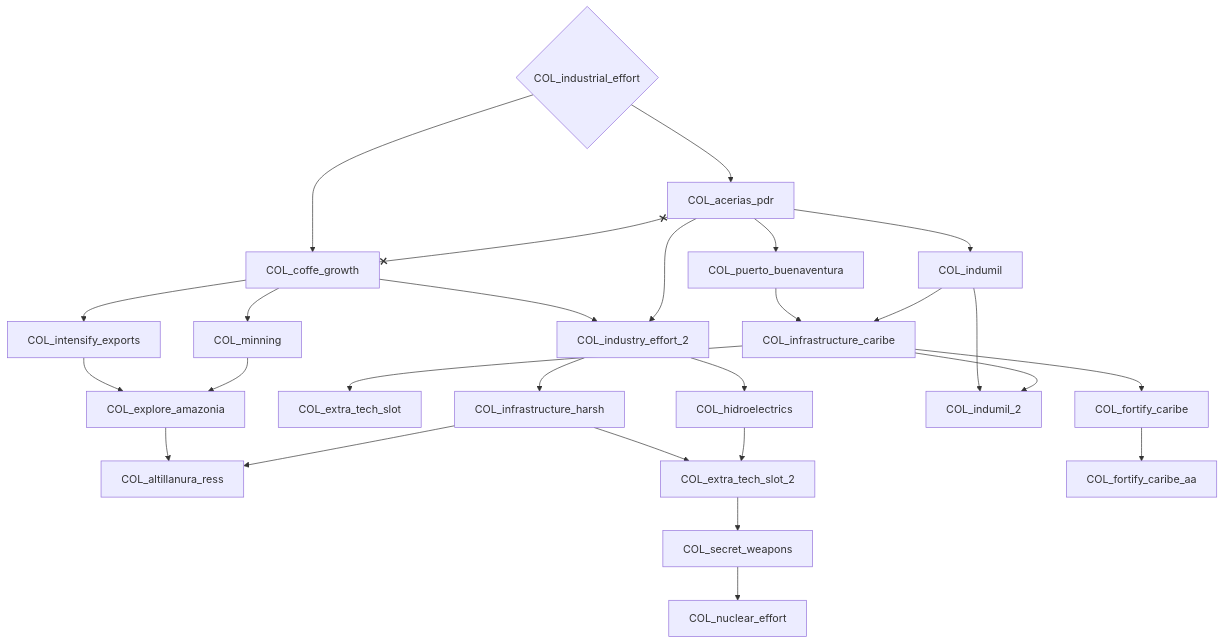
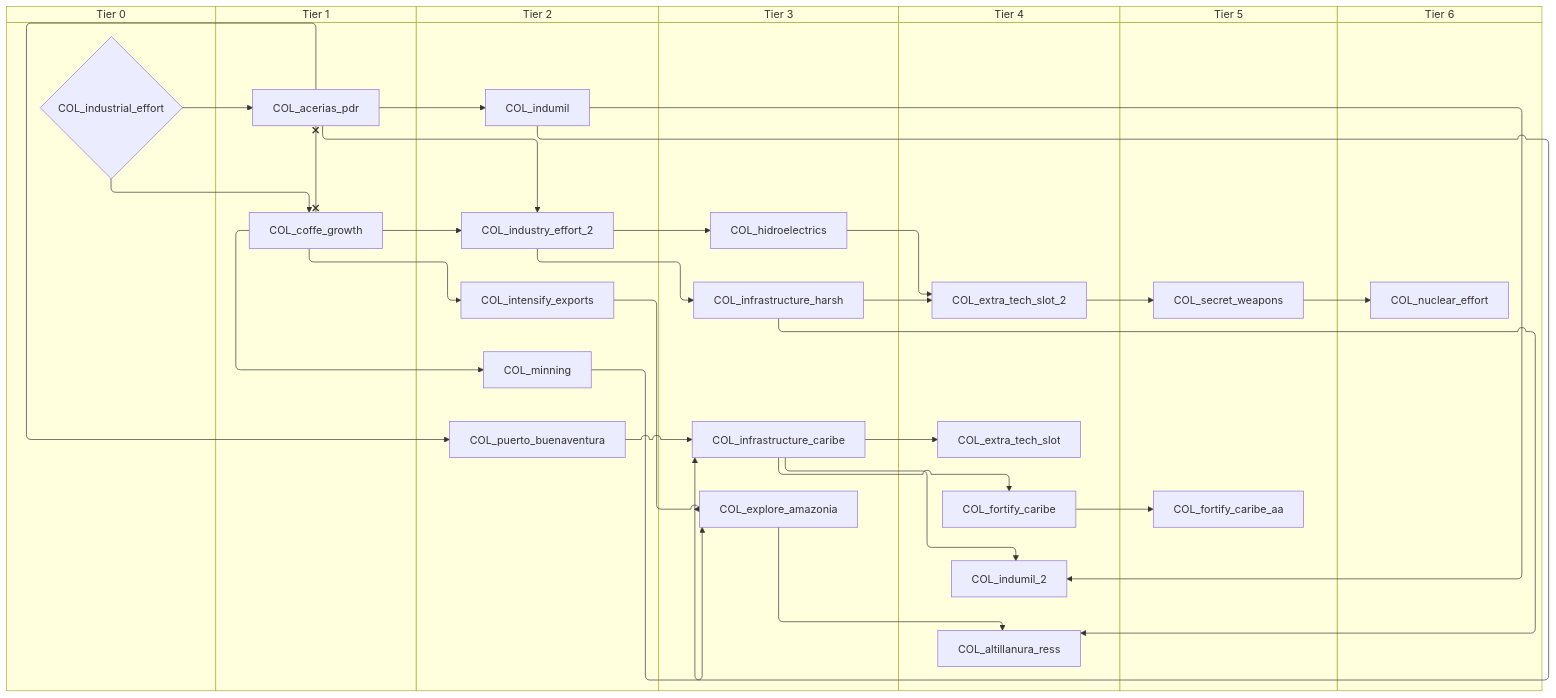
The first of 2 diagrams in docs/gdd/National Focuses/r56/colombia.md (evgeny-sobol/hoi4-sandbox-mode-r56), drawn with Mermaid before and after one commit. The commit also changed other lines of this file and 423 other files, not shown here.

First line of the commit message:
Re-export Rt56 focus trees as swimlane diagrams

````diff
--- a/docs/gdd/National Focuses/r56/colombia.md
+++ b/docs/gdd/National Focuses/r56/colombia.md
@@ -3,49 +3,63 @@
 ```mermaid
-flowchart TD
-    n1["COL_acerias_pdr"]
-    n2["COL_altillanura_ress"]
-    n3["COL_coffe_growth"]
-    n4["COL_explore_amazonia"]
-    n5["COL_extra_tech_slot"]
-    n6["COL_extra_tech_slot_2"]
-    n7["COL_fortify_caribe"]
-    n8["COL_fortify_caribe_aa"]
-    n9["COL_hidroelectrics"]
-    n10["COL_indumil"]
-    n11["COL_indumil_2"]
-    n12{"COL_industrial_effort"}
-    n13["COL_industry_effort_2"]
-    n14["COL_infrastructure_caribe"]
-    n15["COL_infrastructure_harsh"]
-    n16["COL_intensify_exports"]
-    n17["COL_minning"]
-    n18["COL_nuclear_effort"]
-    n19["COL_puerto_buenaventura"]
-    n20["COL_secret_weapons"]
-    n12 --> n1
-    n4 --> n2
-    n15 --> n2
-    n12 --> n3
-    n16 --> n4
-    n17 --> n4
-    n14 --> n5
-    n15 --> n6
-    n9 --> n6
-    n14 --> n7
-    n7 --> n8
-    n13 --> n9
-    n1 --> n10
-    n10 --> n11
-    n14 --> n11
-    n3 --> n13
-    n1 --> n13
-    n19 --> n14
-    n10 --> n14
-    n13 --> n15
-    n3 --> n16
-    n3 --> n17
-    n20 --> n18
-    n1 --> n19
-    n6 --> n20
-    n1 x--x n3
+swimlane-beta TD
+    subgraph tier_0["Tier 0"]
+        n1{"COL_industrial_effort"}
+    end
+    subgraph tier_1["Tier 1"]
+        n2["COL_acerias_pdr"]
+        n3["COL_coffe_growth"]
+    end
+    subgraph tier_2["Tier 2"]
+        n4["COL_indumil"]
+        n5["COL_industry_effort_2"]
+        n6["COL_intensify_exports"]
+        n7["COL_minning"]
+        n8["COL_puerto_buenaventura"]
+    end
+    subgraph tier_3["Tier 3"]
+        n9["COL_explore_amazonia"]
+        n10["COL_hidroelectrics"]
+        n11["COL_infrastructure_caribe"]
+        n12["COL_infrastructure_harsh"]
+    end
+    subgraph tier_4["Tier 4"]
+        n13["COL_altillanura_ress"]
+        n14["COL_extra_tech_slot"]
+        n15["COL_extra_tech_slot_2"]
+        n16["COL_fortify_caribe"]
+        n17["COL_indumil_2"]
+    end
+    subgraph tier_5["Tier 5"]
+        n18["COL_fortify_caribe_aa"]
+        n19["COL_secret_weapons"]
+    end
+    subgraph tier_6["Tier 6"]
+        n20["COL_nuclear_effort"]
+    end
+    n1 --> n2
+    n9 --> n13
+    n12 --> n13
+    n1 --> n3
+    n6 --> n9
+    n7 --> n9
+    n11 --> n14
+    n12 --> n15
+    n10 --> n15
+    n11 --> n16
+    n16 --> n18
+    n5 --> n10
+    n2 --> n4
+    n4 --> n17
+    n11 --> n17
+    n3 --> n5
+    n2 --> n5
+    n8 --> n11
+    n4 --> n11
+    n5 --> n12
+    n3 --> n6
+    n3 --> n7
+    n19 --> n20
+    n2 --> n8
+    n15 --> n19
+    n2 x--x n3
 ```
````
